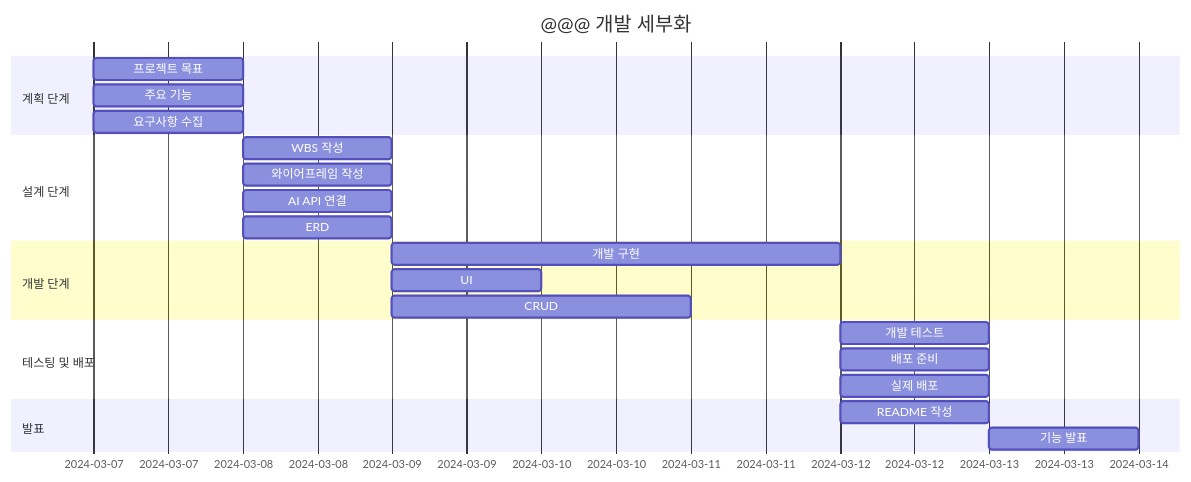
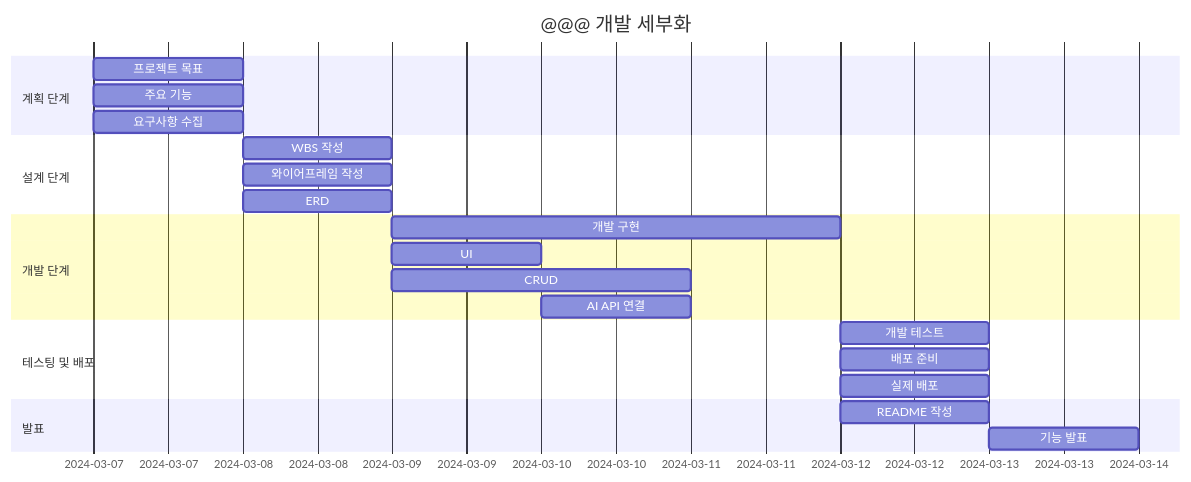
One commit to soohyun020812/Portfolio_CityDiary changed the diagram in README.md. Above: the diagram before and after it, drawn with Mermaid.

````diff
--- a/README.md
+++ b/README.md
@@ -25,30 +25,30 @@
 ```mermaid
 gantt
     title @@@ 개발 세부화
     dateFormat    YYYY-MM-DD
 
     section 계획 단계
     프로젝트 목표 : 2024-03-07, 1d
     주요 기능 : 2024-03-07, 1d
     요구사항 수집 : 2024-03-07, 1d
     
     section 설계 단계
     WBS 작성 : 2024-03-08, 1d
     와이어프레임 작성 : 2024-03-08, 1d
-    AI API 연결 : 2024-03-08, 1d
     ERD : 2024-03-08, 1d
 
     section 개발 단계
     개발 구현 : 2024-03-09, 3d
     UI : 2024-03-09, 1d
     CRUD : 2024-03-09, 2d
+    AI API 연결 : 2024-03-10, 1d
     
     section 테스팅 및 배포
     개발 테스트 : 2024-03-12, 1d
     배포 준비 : 2024-03-12, 1d
     실제 배포 : 2024-03-12, 1d
 
     section 발표
     README 작성 : 2024-03-12, 1d
     기능 발표 : 2024-03-13, 1d
 ```
````
